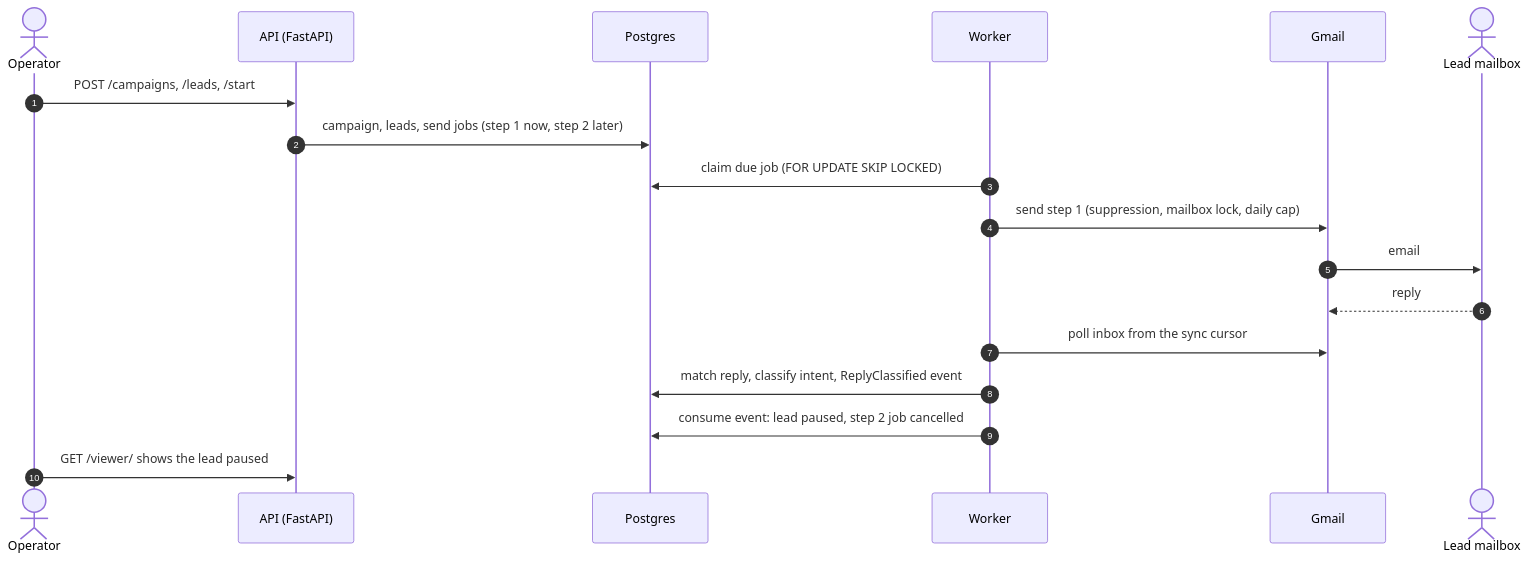
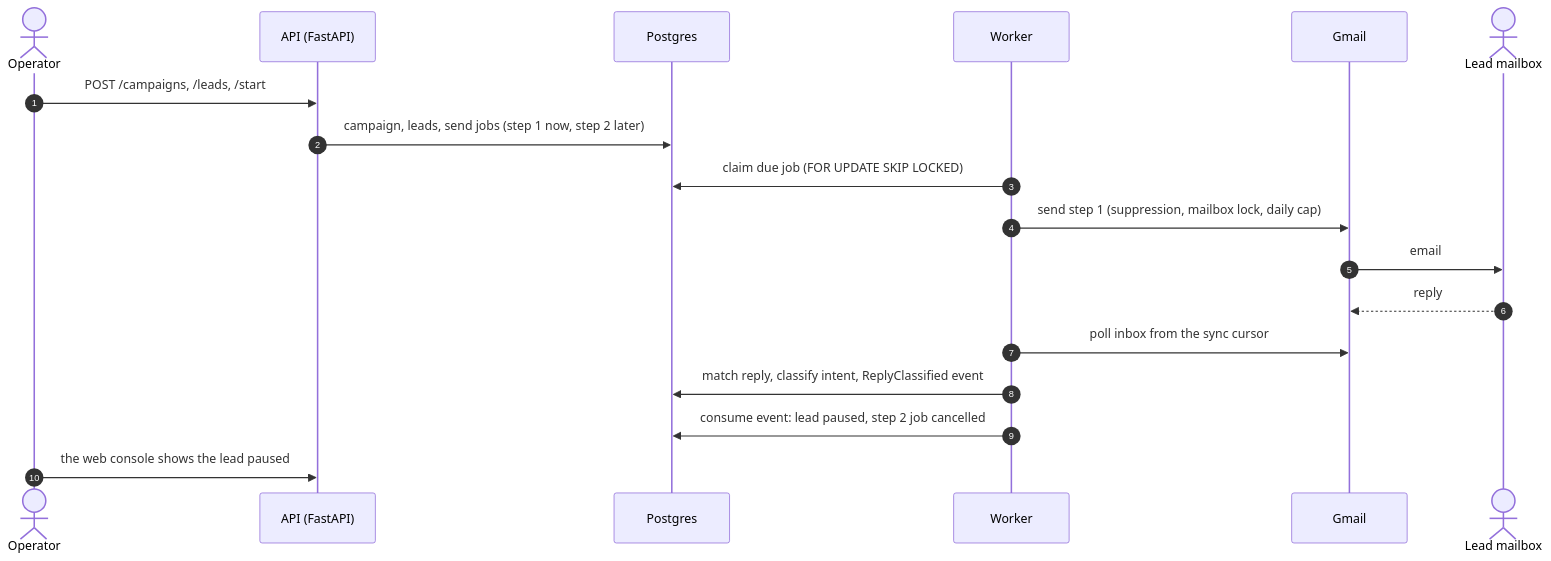
One commit to selivanov-tech/outboxlab changed the diagram in README.md. Above: the diagram before and after it, drawn with Mermaid. The commit also changed other lines of this file and 6 other files, not shown here.

Commit message:
docs: Step 8 page, ADR 0021, README for the web console

````diff
--- a/README.md
+++ b/README.md
@@ -15,20 +15,20 @@
 ```mermaid
 sequenceDiagram
     autonumber
     actor Operator
     participant API as API (FastAPI)
     participant DB as Postgres
     participant Worker
     participant Gmail
     actor Lead as Lead mailbox
     Operator->>API: POST /campaigns, /leads, /start
     API->>DB: campaign, leads, send jobs (step 1 now, step 2 later)
     Worker->>DB: claim due job (FOR UPDATE SKIP LOCKED)
     Worker->>Gmail: send step 1 (suppression, mailbox lock, daily cap)
     Gmail->>Lead: email
     Lead-->>Gmail: reply
     Worker->>Gmail: poll inbox from the sync cursor
     Worker->>DB: match reply, classify intent, ReplyClassified event
     Worker->>DB: consume event: lead paused, step 2 job cancelled
-    Operator->>API: GET /viewer/ shows the lead paused
+    Operator->>API: the web console shows the lead paused
 ```
````
